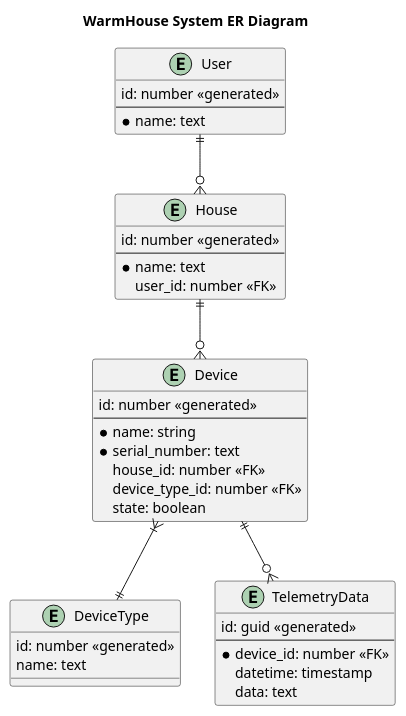
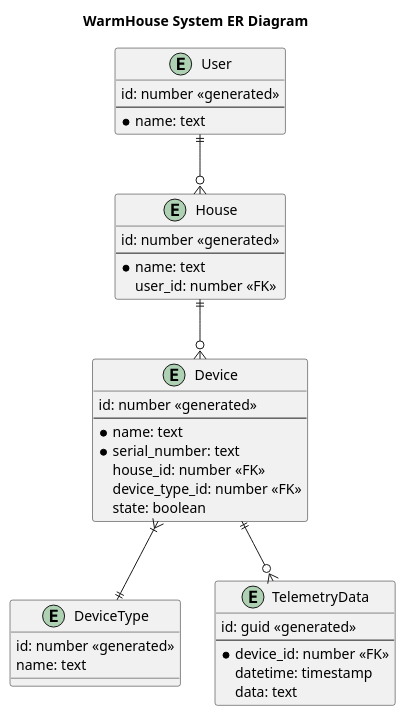
The diagram in smart-home-monolith/diagrams/entity/ER.puml (kirrill/architecture-sprint-3), drawn with PlantUML before and after one commit. The commit also changed 1 other file, not shown here.

```diff
--- a/smart-home-monolith/diagrams/entity/ER.puml
+++ b/smart-home-monolith/diagrams/entity/ER.puml
@@ -1,49 +1,49 @@
 @startuml
 title WarmHouse System ER Diagram
 
 top to bottom direction
 
 
 entity User {
     id: number <<generated>>
     --
     *name: text
 }
 
 entity House {
     id: number <<generated>>
     --
     *name: text
     user_id: number <<FK>>
 }
 
 entity Device {
     id: number <<generated>>
     --
-    *name: string
+    *name: text
     *serial_number: text
     house_id: number <<FK>>
     device_type_id: number <<FK>>
     state: boolean
 }
 
 entity DeviceType {
     id: number <<generated>>
     name: text
 }
 
 entity TelemetryData {
     id: guid <<generated>>
     --
     *device_id: number <<FK>>
     datetime: timestamp
     data: text
 }
 
 User ||--o{ House
 House ||--o{ Device
 Device }|--|| DeviceType
 Device ||--o{ TelemetryData
 
 
 @enduml
```
